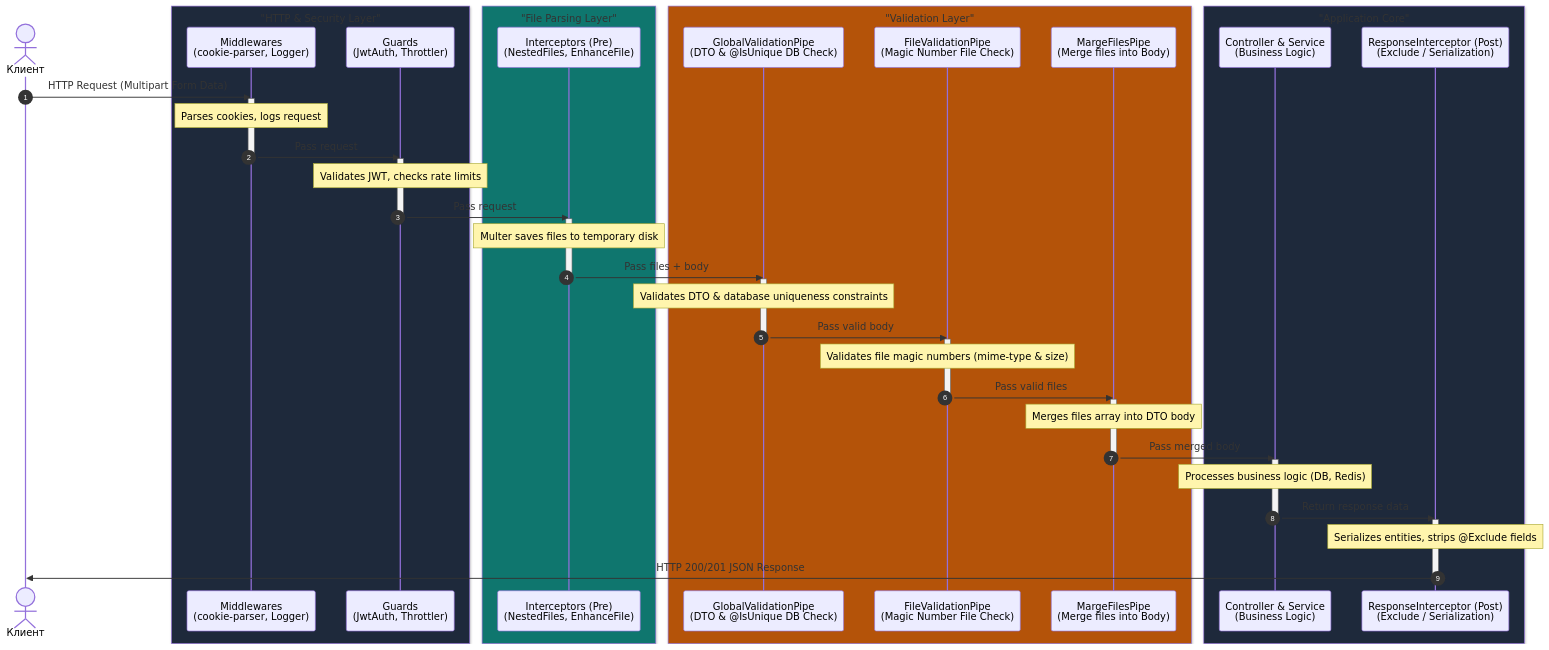
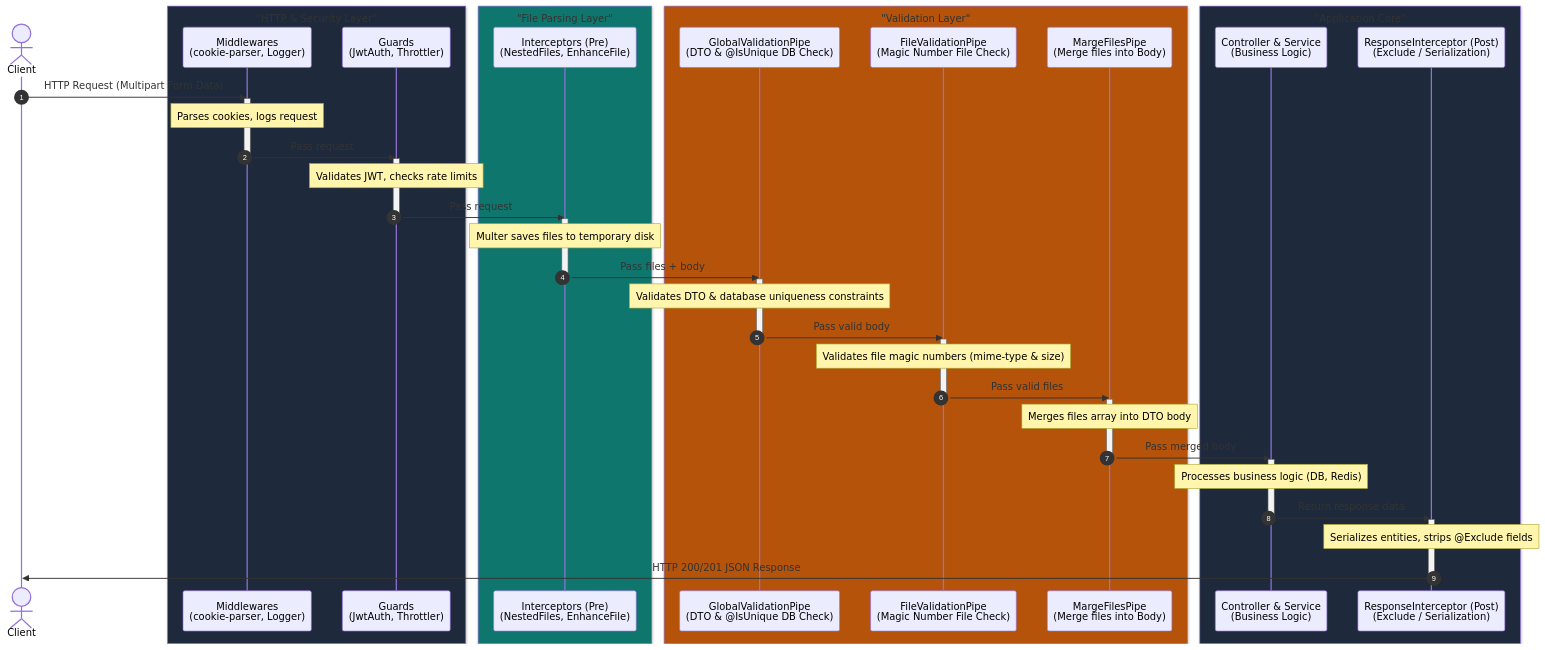
One commit to araysargsyan/nest-0 changed the first of 2 diagrams in README.md. Above: the diagram before and after it, drawn with Mermaid. The commit also changed other lines of this file, not shown here.

Commit message:
docs: translate README diagrams to English

````diff
--- a/README.md
+++ b/README.md
@@ -59,59 +59,59 @@
 ```mermaid
 sequenceDiagram
     autonumber
-    actor Client as Клиент
+    actor Client as Client
     
     box rgb(30, 41, 59) "HTTP & Security Layer"
         participant Middleware as Middlewares<br/>(cookie-parser, Logger)
         participant Guard as Guards<br/>(JwtAuth, Throttler)
     end
     
     box rgb(15, 118, 110) "File Parsing Layer"
         participant Interceptor as Interceptors (Pre)<br/>(NestedFiles, EnhanceFile)
     end
     
     box rgb(180, 83, 9) "Validation Layer"
         participant Pipe1 as GlobalValidationPipe<br/>(DTO & @IsUnique DB Check)
         participant Pipe2 as FileValidationPipe<br/>(Magic Number File Check)
         participant Pipe3 as MargeFilesPipe<br/>(Merge files into Body)
     end
     
     box rgb(30, 41, 59) "Application Core"
         participant Controller as Controller & Service<br/>(Business Logic)
         participant InterceptorPost as ResponseInterceptor (Post)<br/>(Exclude / Serialization)
     end
     
     Client->>Middleware: HTTP Request (Multipart Form Data)
     activate Middleware
     Note over Middleware: Parses cookies, logs request
     Middleware->>Guard: Pass request
     deactivate Middleware
     activate Guard
     Note over Guard: Validates JWT, checks rate limits
     Guard->>Interceptor: Pass request
     deactivate Guard
     activate Interceptor
     Note over Interceptor: Multer saves files to temporary disk
     Interceptor->>Pipe1: Pass files + body
     deactivate Interceptor
     activate Pipe1
     Note over Pipe1: Validates DTO & database uniqueness constraints
     Pipe1->>Pipe2: Pass valid body
     deactivate Pipe1
     activate Pipe2
     Note over Pipe2: Validates file magic numbers (mime-type & size)
     Pipe2->>Pipe3: Pass valid files
     deactivate Pipe2
     activate Pipe3
     Note over Pipe3: Merges files array into DTO body
     Pipe3->>Controller: Pass merged body
     deactivate Pipe3
     activate Controller
     Note over Controller: Processes business logic (DB, Redis)
     Controller->>InterceptorPost: Return response data
     deactivate Controller
     activate InterceptorPost
     Note over InterceptorPost: Serializes entities, strips @Exclude fields
     InterceptorPost->>Client: HTTP 200/201 JSON Response
     deactivate InterceptorPost
 ```
````
